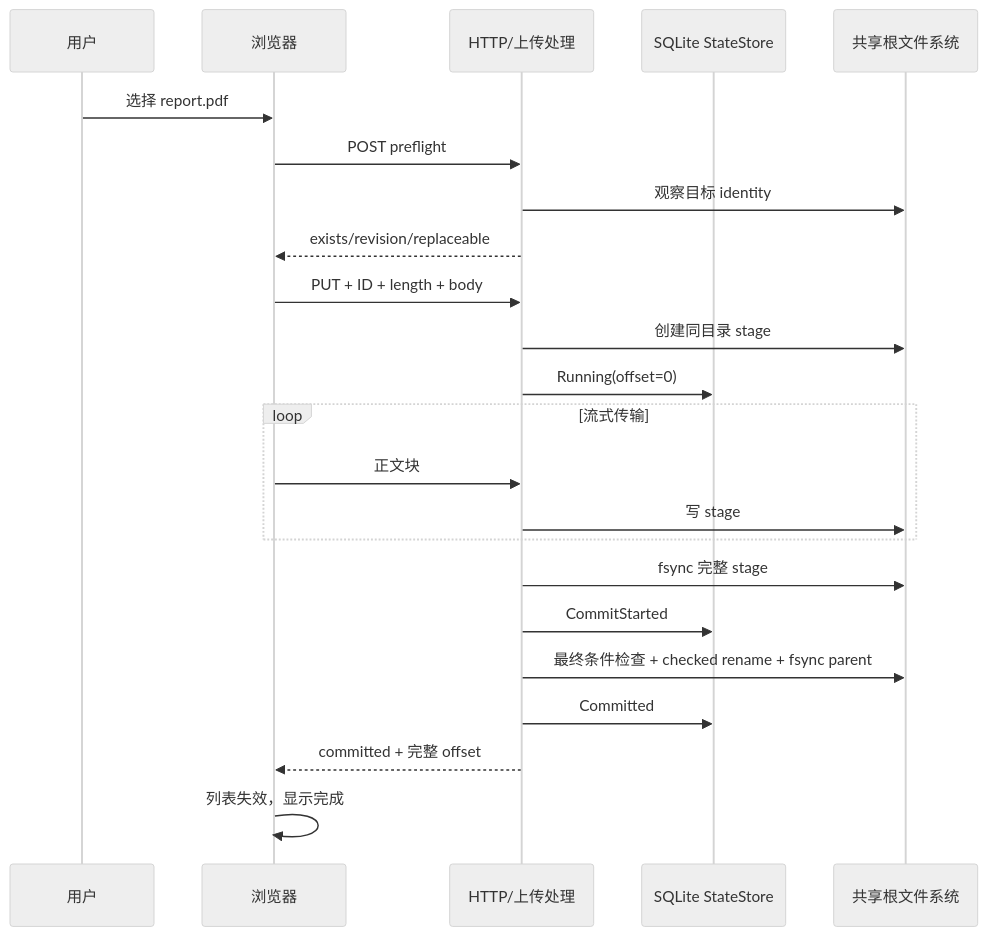
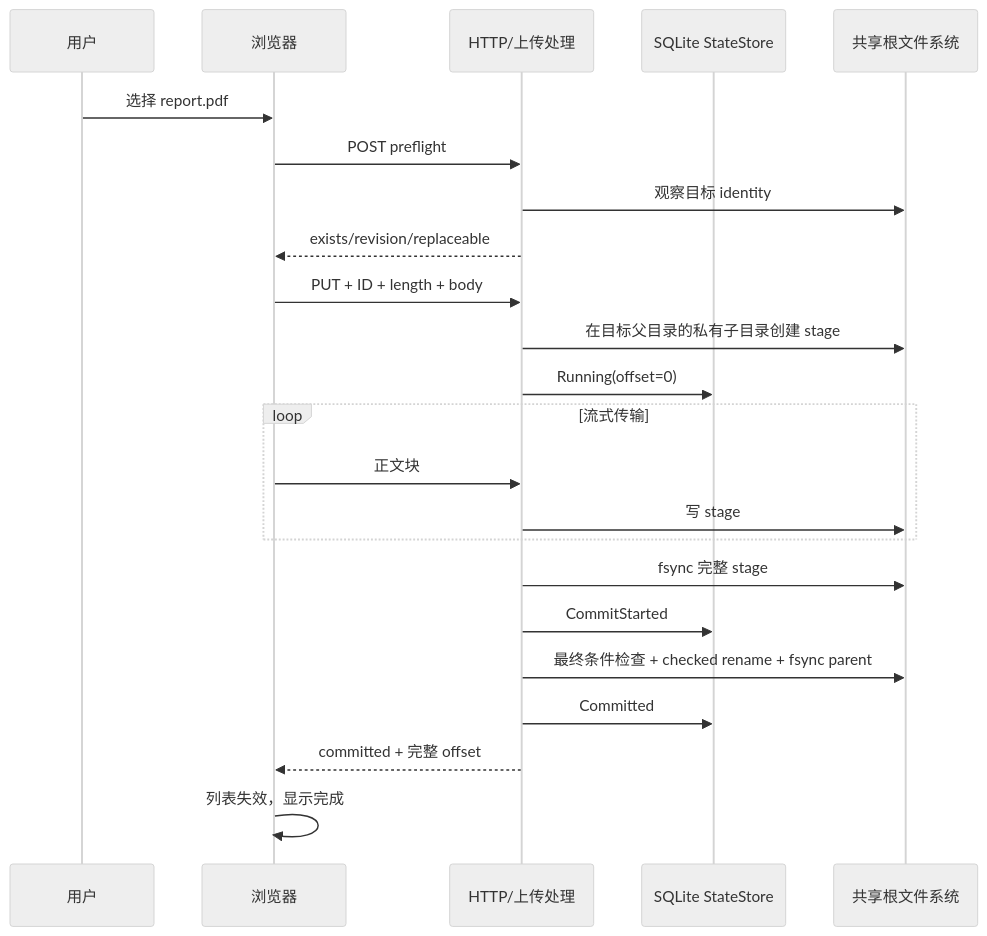
The second of 2 diagrams in docs/beginner-guide/07-upload-protocol.md (isarmg/dufs-ram), drawn with Mermaid (neutral theme) before and after one commit. The commit also changed other lines of this file and 31 other files, not shown here.

````diff
--- a/docs/beginner-guide/07-upload-protocol.md
+++ b/docs/beginner-guide/07-upload-protocol.md
@@ -592,25 +593,25 @@
 ```mermaid
 sequenceDiagram
     participant U as 用户
     participant B as 浏览器
     participant H as HTTP/上传处理
     participant S as SQLite StateStore
     participant F as 共享根文件系统
     U->>B: 选择 report.pdf
     B->>H: POST preflight
     H->>F: 观察目标 identity
     H-->>B: exists/revision/replaceable
     B->>H: PUT + ID + length + body
-    H->>F: 创建同目录 stage
+    H->>F: 在目标父目录的私有子目录创建 stage
     H->>S: Running(offset=0)
     loop 流式传输
         B->>H: 正文块
         H->>F: 写 stage
     end
     H->>F: fsync 完整 stage
     H->>S: CommitStarted
     H->>F: 最终条件检查 + checked rename + fsync parent
     H->>S: Committed
     H-->>B: committed + 完整 offset
     B->>B: 列表失效，显示完成
 ```
````
